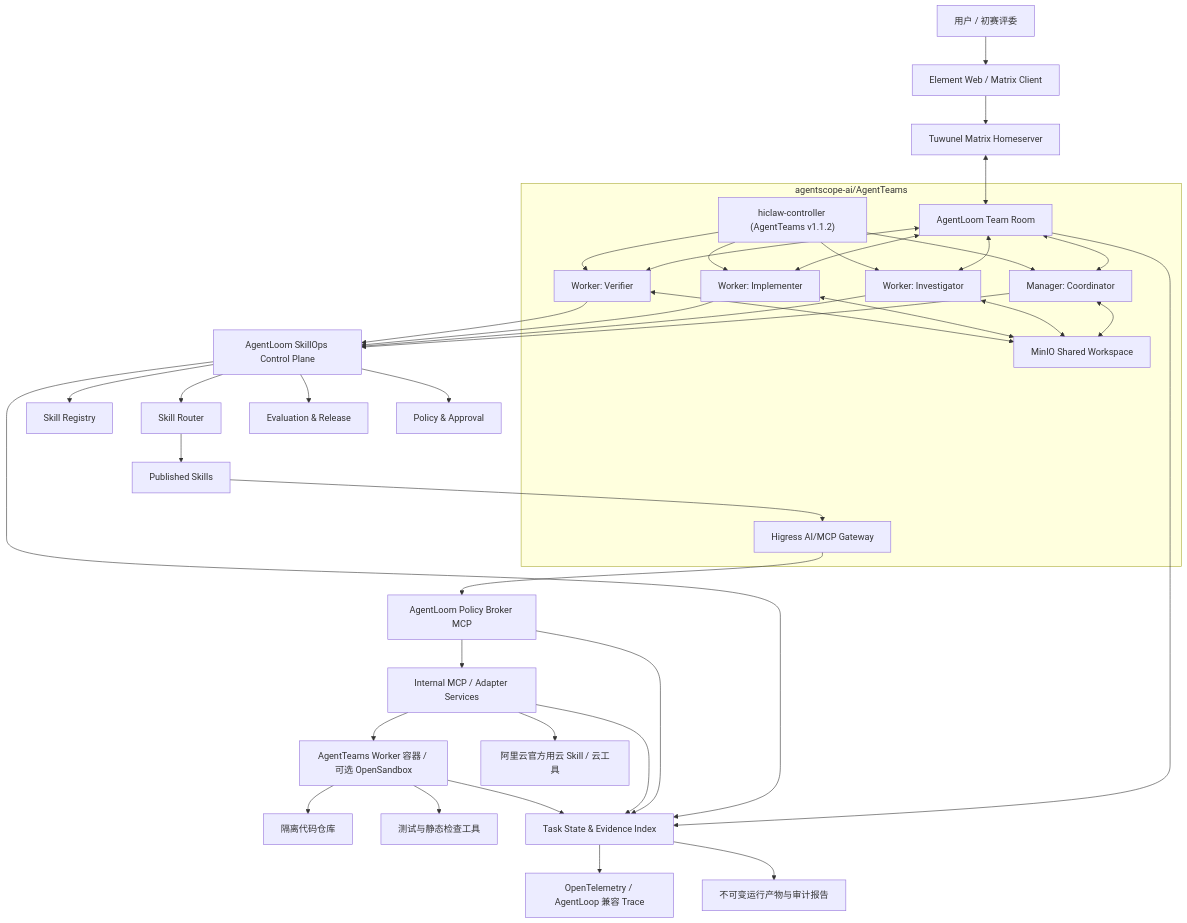
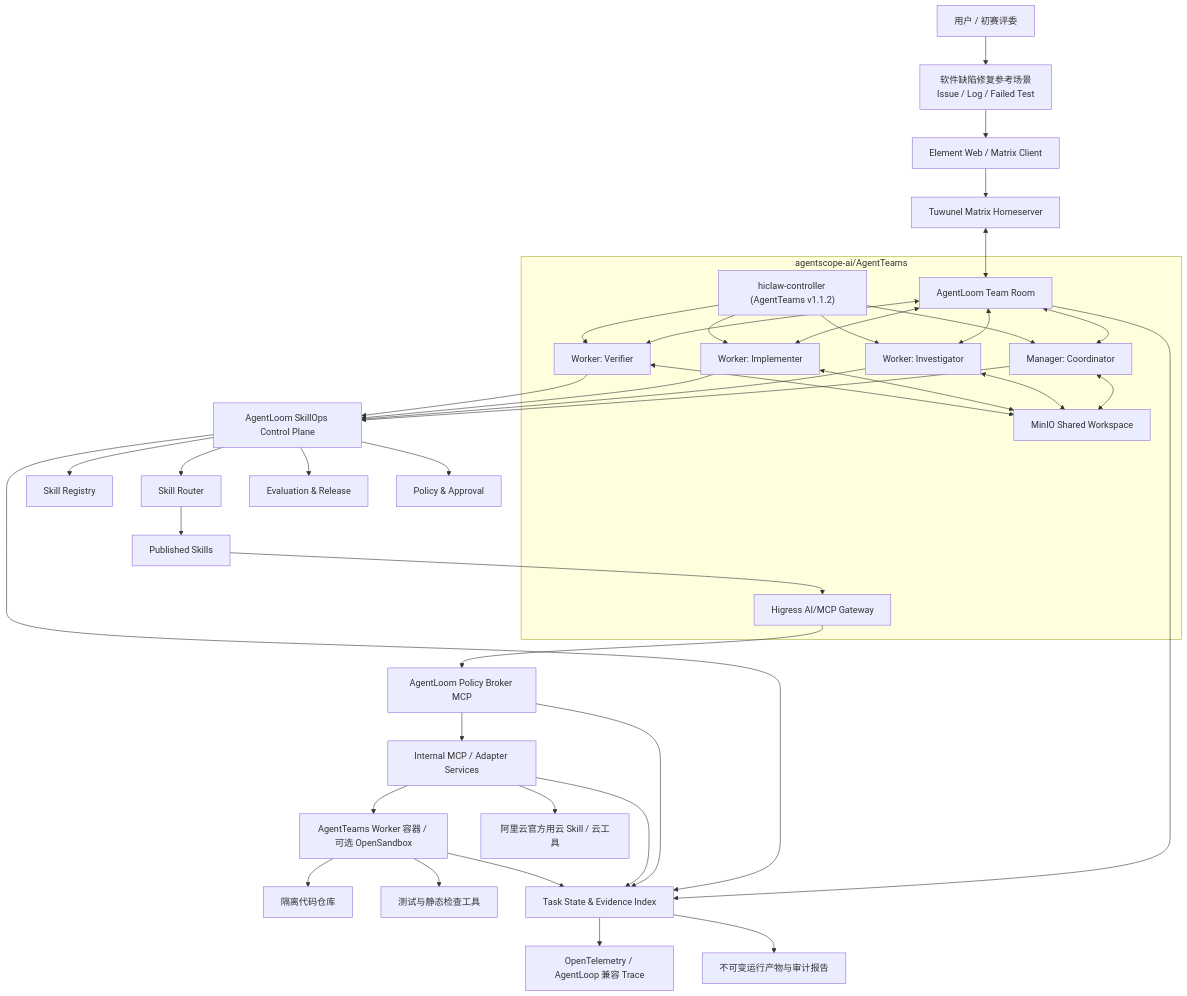
Before and after one commit to WilliamClifton-dev/AgentLoom: the first of 4 diagrams in docs/architecture/agentloom-architecture.md, drawn with Mermaid. The commit also changed other lines of this file and 23 other files, not shown here.

````diff
--- a/docs/architecture/agentloom-architecture.md
+++ b/docs/architecture/agentloom-architecture.md
@@ -268,57 +301,58 @@
 ```mermaid
 flowchart TB
-    U["用户 / 初赛评委"] --> E["Element Web / Matrix Client"]
+    U["用户 / 初赛评委"] --> REF["软件缺陷修复参考场景<br/>Issue / Log / Failed Test"]
+    REF --> E["Element Web / Matrix Client"]
     E --> MX["Tuwunel Matrix Homeserver"]
 
     subgraph AT["agentscope-ai/AgentTeams"]
       CTRL["hiclaw-controller (AgentTeams v1.1.2)"]
       MGR["Manager: Coordinator"]
       TEAM["AgentLoom Team Room"]
       INV["Worker: Investigator"]
       IMP["Worker: Implementer"]
       VER["Worker: Verifier"]
       MINIO["MinIO Shared Workspace"]
       HG["Higress AI/MCP Gateway"]
     end
 
     MX <--> TEAM
     TEAM <--> MGR
     TEAM <--> INV
     TEAM <--> IMP
     TEAM <--> VER
     CTRL --> MGR
     CTRL --> INV
     CTRL --> IMP
     CTRL --> VER
     MGR <--> MINIO
     INV <--> MINIO
     IMP <--> MINIO
     VER <--> MINIO
 
     MGR --> SR["AgentLoom SkillOps Control Plane"]
     INV --> SR
     IMP --> SR
     VER --> SR
 
     SR --> REG["Skill Registry"]
     SR --> ROUTER["Skill Router"]
     SR --> EVAL["Evaluation & Release"]
     SR --> POLICY["Policy & Approval"]
 
     ROUTER --> SK["Published Skills"]
     SK --> HG
     HG --> PB["AgentLoom Policy Broker MCP"]
     PB --> GW["Internal MCP / Adapter Services"]
     GW --> SB["AgentTeams Worker 容器 / 可选 OpenSandbox"]
     SB --> REPO["隔离代码仓库"]
     SB --> TEST["测试与静态检查工具"]
     GW --> CLOUD["阿里云官方用云 Skill / 云工具"]
 
     TEAM --> STATE["Task State & Evidence Index"]
     SR --> STATE
     PB --> STATE
     GW --> STATE
     SB --> STATE
     STATE --> OBS["OpenTelemetry / AgentLoop 兼容 Trace"]
     STATE --> ART["不可变运行产物与审计报告"]
 ```
````
